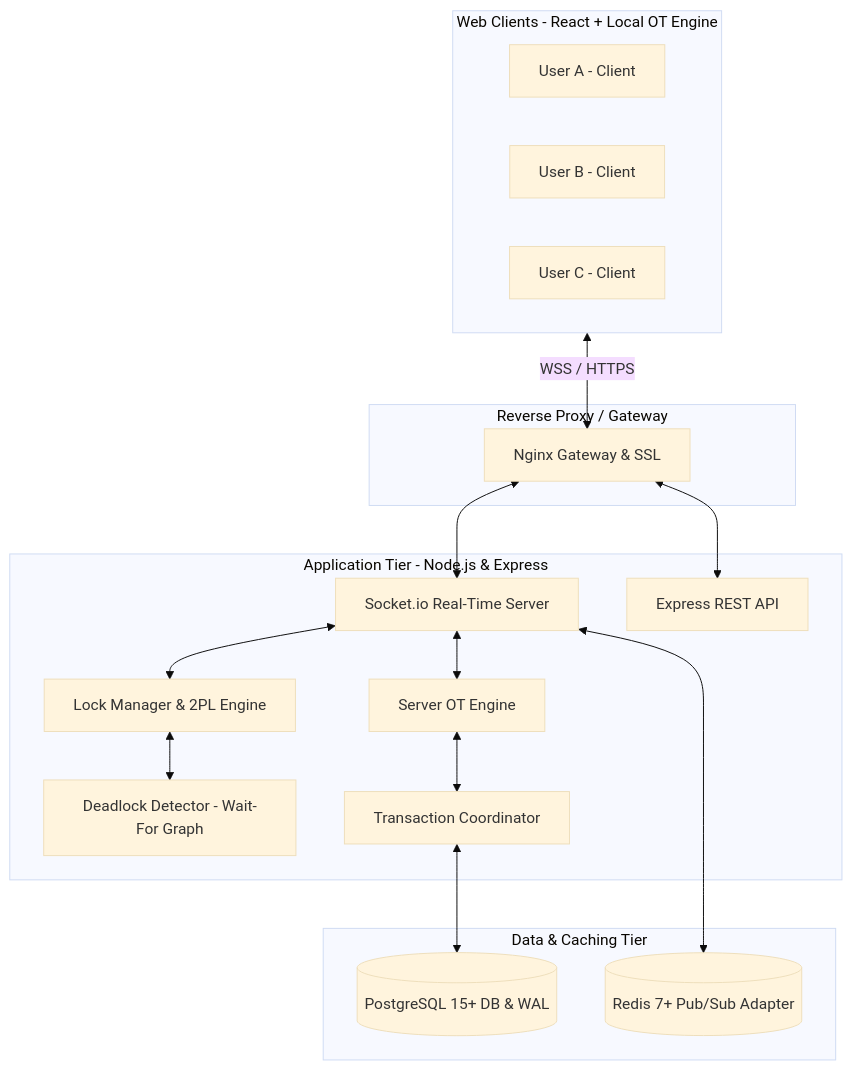
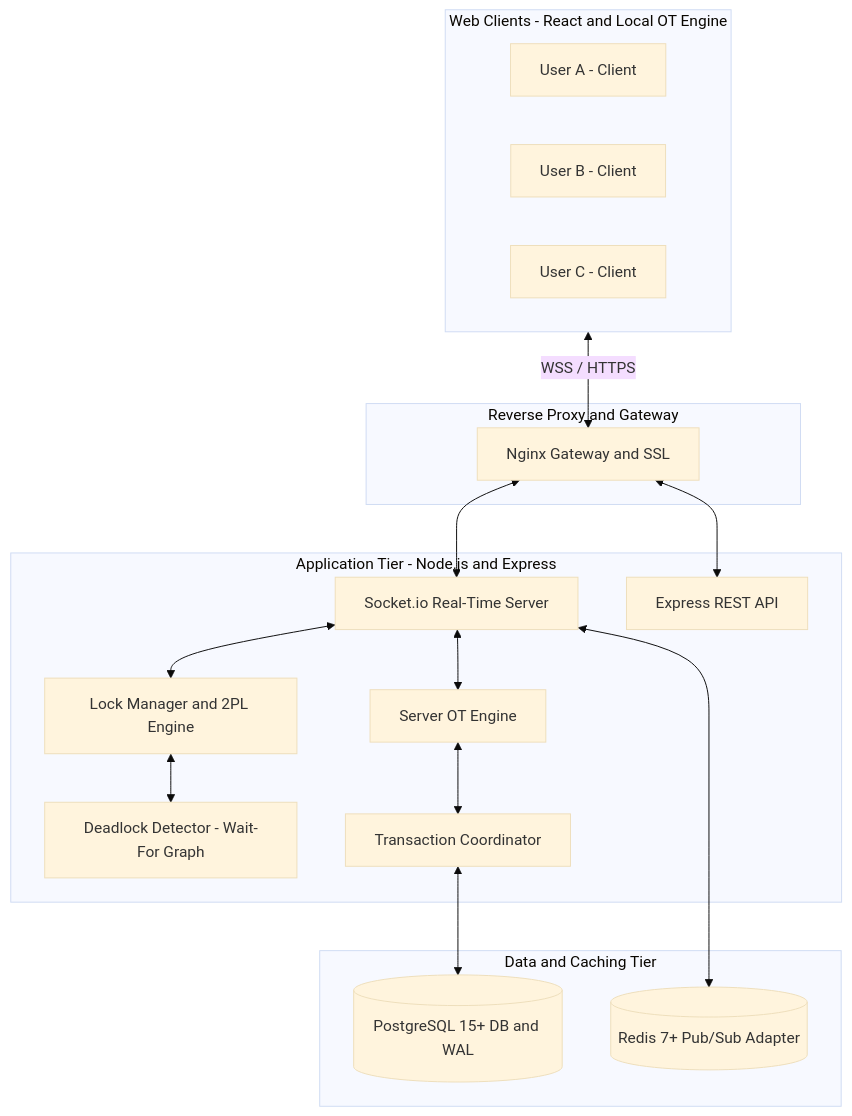
One commit to purvanshjoshi/CollabWrite changed the diagram in README.md. Above: the diagram before and after it, drawn with Mermaid (base theme). The commit also changed other lines of this file and 3 other files, not shown here.

````diff
--- a/README.md
+++ b/README.md
@@ -43,36 +43,36 @@
 ```mermaid
 graph TD
-    subgraph Clients [Web Clients - React + Local OT Engine]
+    subgraph Clients [Web Clients - React and Local OT Engine]
         ClientA[User A - Client]
         ClientB[User B - Client]
         ClientC[User C - Client]
     end
 
-    subgraph LoadBalancer [Reverse Proxy / Gateway]
-        Nginx[Nginx Gateway & SSL]
+    subgraph LoadBalancer [Reverse Proxy and Gateway]
+        Nginx[Nginx Gateway and SSL]
     end
 
-    subgraph AppServer [Application Tier - Node.js & Express]
+    subgraph AppServer [Application Tier - Node.js and Express]
         WSServer[Socket.io Real-Time Server]
         RESTServer[Express REST API]
         OTEngine[Server OT Engine]
-        LockManager[Lock Manager & 2PL Engine]
+        LockManager[Lock Manager and 2PL Engine]
         DeadlockDetector[Deadlock Detector - Wait-For Graph]
         TxCoord[Transaction Coordinator]
     end
 
-    subgraph DataTier [Data & Caching Tier]
-        Postgres[(PostgreSQL 15+ DB & WAL)]
+    subgraph DataTier [Data and Caching Tier]
+        Postgres[(PostgreSQL 15+ DB and WAL)]
         Redis[(Redis 7+ Pub/Sub Adapter)]
     end
 
     Clients <-->|WSS / HTTPS| Nginx
     Nginx <--> WSServer
     Nginx <--> RESTServer
     WSServer <--> OTEngine
     WSServer <--> LockManager
     LockManager <--> DeadlockDetector
     OTEngine <--> TxCoord
     TxCoord <--> Postgres
     WSServer <--> Redis
 ```
````
